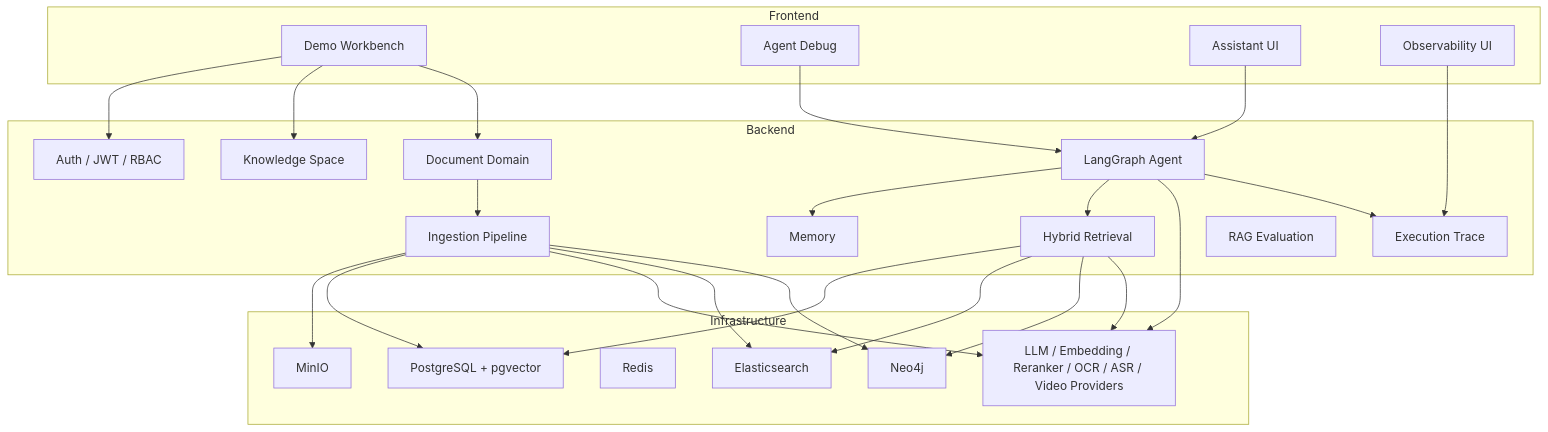
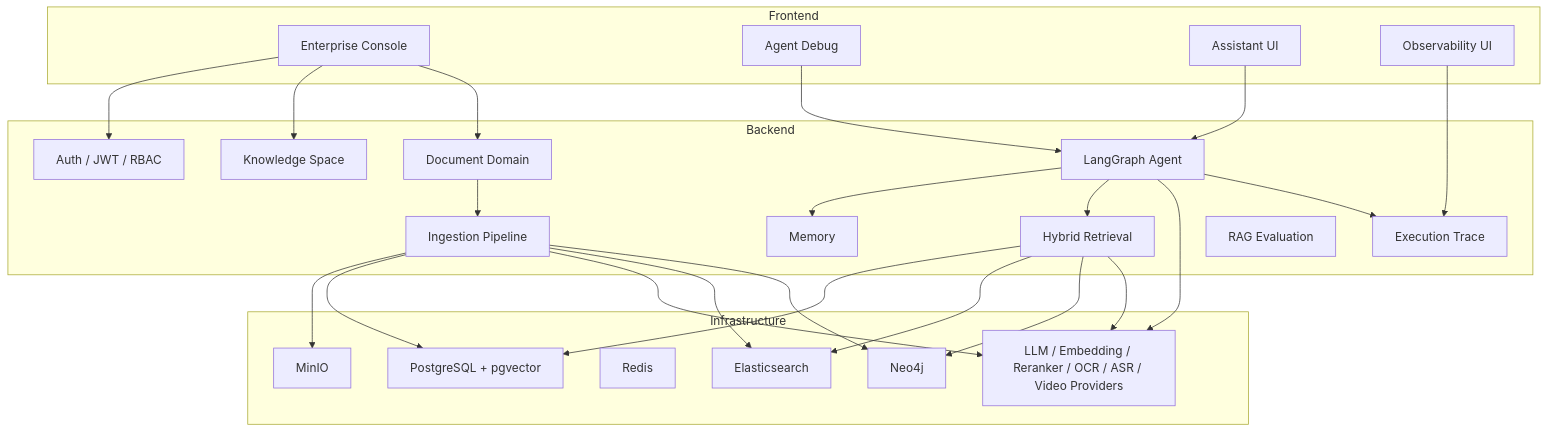
One commit to TiezhuGG/Enterprise-Agentic-RAG changed the diagram in README.md. Above: the diagram before and after it, drawn with Mermaid. The commit also changed other lines of this file and 29 other files, not shown here.

````diff
--- a/README.md
+++ b/README.md
@@ -36,54 +36,54 @@
 ```mermaid
 flowchart TB
   subgraph Frontend
-    Workbench["Demo Workbench"]
+    Workbench["Enterprise Console"]
     AgentDebug["Agent Debug"]
     Assistant["Assistant UI"]
     ObservabilityUI["Observability UI"]
   end
 
   subgraph Backend
     Auth["Auth / JWT / RBAC"]
     Space["Knowledge Space"]
     Document["Document Domain"]
     Ingestion["Ingestion Pipeline"]
     Retrieval["Hybrid Retrieval"]
     Agent["LangGraph Agent"]
     Memory["Memory"]
     Execution["Execution Trace"]
     Evaluation["RAG Evaluation"]
   end
 
   subgraph Infrastructure
     Postgres["PostgreSQL + pgvector"]
     ES["Elasticsearch"]
     Redis["Redis"]
     MinIO["MinIO"]
     Neo4j["Neo4j"]
     Providers["LLM / Embedding / Reranker / OCR / ASR / Video Providers"]
   end
 
   Workbench --> Auth
   Workbench --> Space
   Workbench --> Document
   AgentDebug --> Agent
   Assistant --> Agent
   ObservabilityUI --> Execution
 
   Document --> Ingestion
   Ingestion --> MinIO
   Ingestion --> Postgres
   Ingestion --> Providers
   Ingestion --> ES
   Ingestion --> Neo4j
 
   Agent --> Memory
   Agent --> Retrieval
   Agent --> Providers
   Agent --> Execution
 
   Retrieval --> Postgres
   Retrieval --> ES
   Retrieval --> Neo4j
   Retrieval --> Providers
 ```
````
